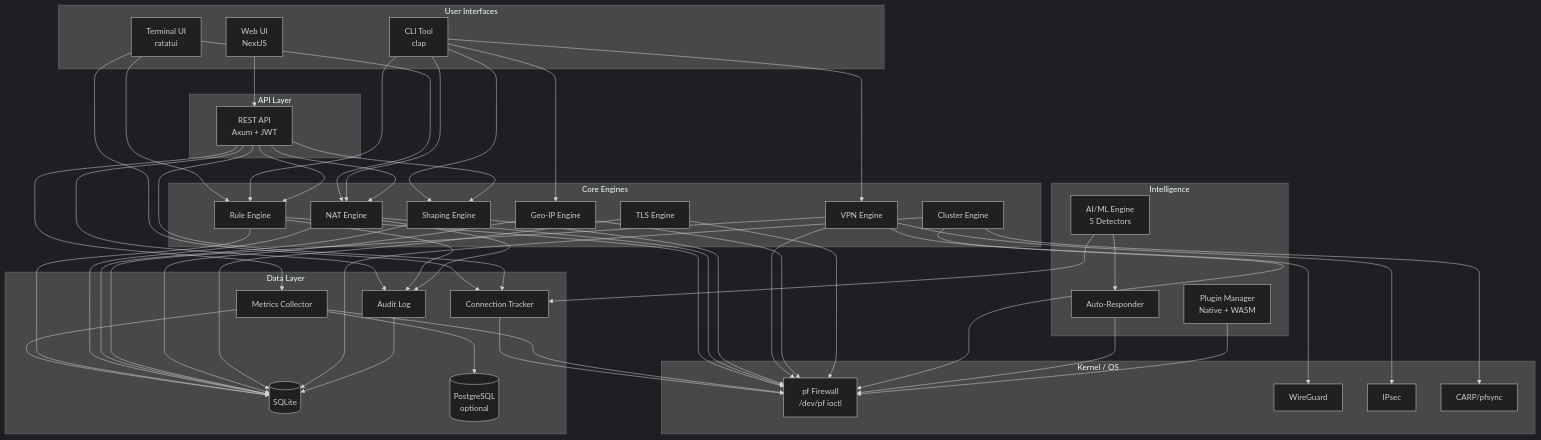
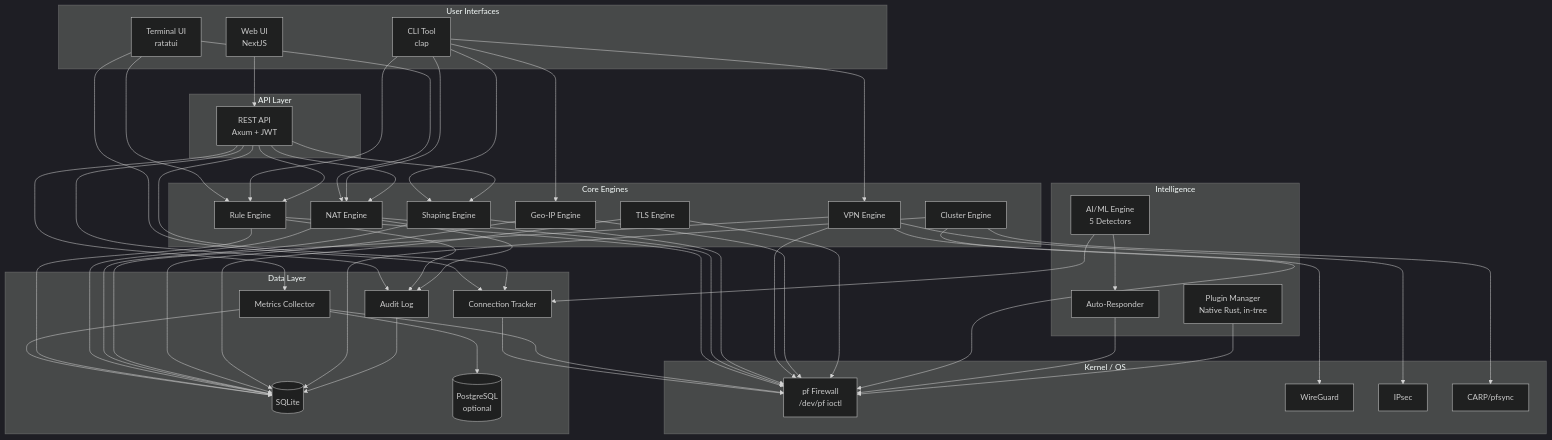
The first of 5 diagrams in Flow.md (ZerosAndOnesLLC/AiFw), drawn with Mermaid (dark theme) before and after one commit. The commit also changed 13 other files, not shown here.

````diff
--- a/Flow.md
+++ b/Flow.md
@@ -5,71 +5,71 @@
 ```mermaid
 graph TB
     subgraph "User Interfaces"
         UI[Web UI<br/>NextJS]
         TUI[Terminal UI<br/>ratatui]
         CLI[CLI Tool<br/>clap]
     end
 
     subgraph "API Layer"
         API[REST API<br/>Axum + JWT]
     end
 
     subgraph "Core Engines"
         RE[Rule Engine]
         NE[NAT Engine]
         SE[Shaping Engine]
         VE[VPN Engine]
         GE[Geo-IP Engine]
         TE[TLS Engine]
         CE[Cluster Engine]
     end
 
     subgraph "Intelligence"
         AI[AI/ML Engine<br/>5 Detectors]
-        PM[Plugin Manager<br/>Native + WASM]
+        PM[Plugin Manager<br/>Native Rust, in-tree]
         AR[Auto-Responder]
     end
 
     subgraph "Data Layer"
         CT[Connection Tracker]
         MC[Metrics Collector]
         AL[Audit Log]
         DB[(SQLite)]
         PG[(PostgreSQL<br/>optional)]
     end
 
     subgraph "Kernel / OS"
         PF[pf Firewall<br/>/dev/pf ioctl]
         WG[WireGuard]
         IPSEC[IPsec]
         CARP[CARP/pfsync]
     end
 
     UI --> API
     TUI --> RE & NE & CT
     CLI --> RE & NE & SE & VE & GE
 
     API --> RE & NE & SE & CT & AL & MC
 
     RE --> PF
     NE --> PF
     SE --> PF
     VE --> PF & WG & IPSEC
     GE --> PF
     TE --> PF
     CE --> PF & CARP
 
     AI --> CT
     AI --> AR
     AR --> PF
     PM --> PF
 
     CT --> PF
     MC --> PF
     MC --> DB
     MC --> PG
 
     RE & NE & SE & VE & GE & TE & CE --> DB
     RE & NE --> AL
     AL --> DB
 ```
````
